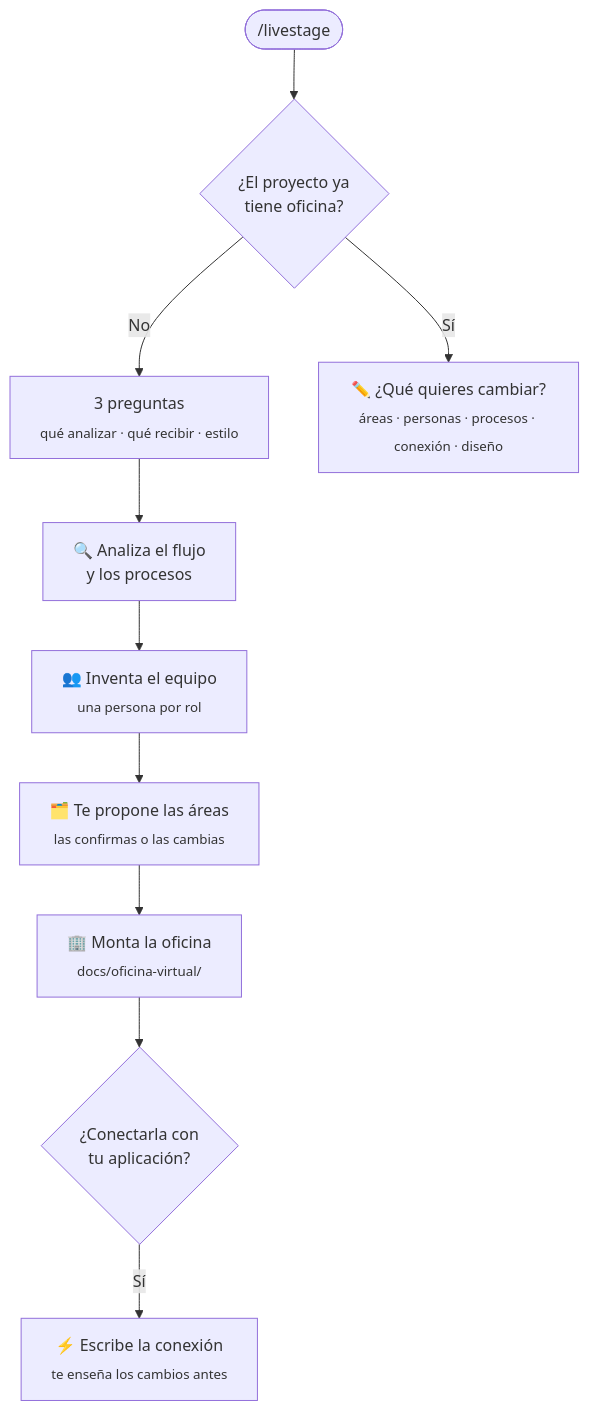
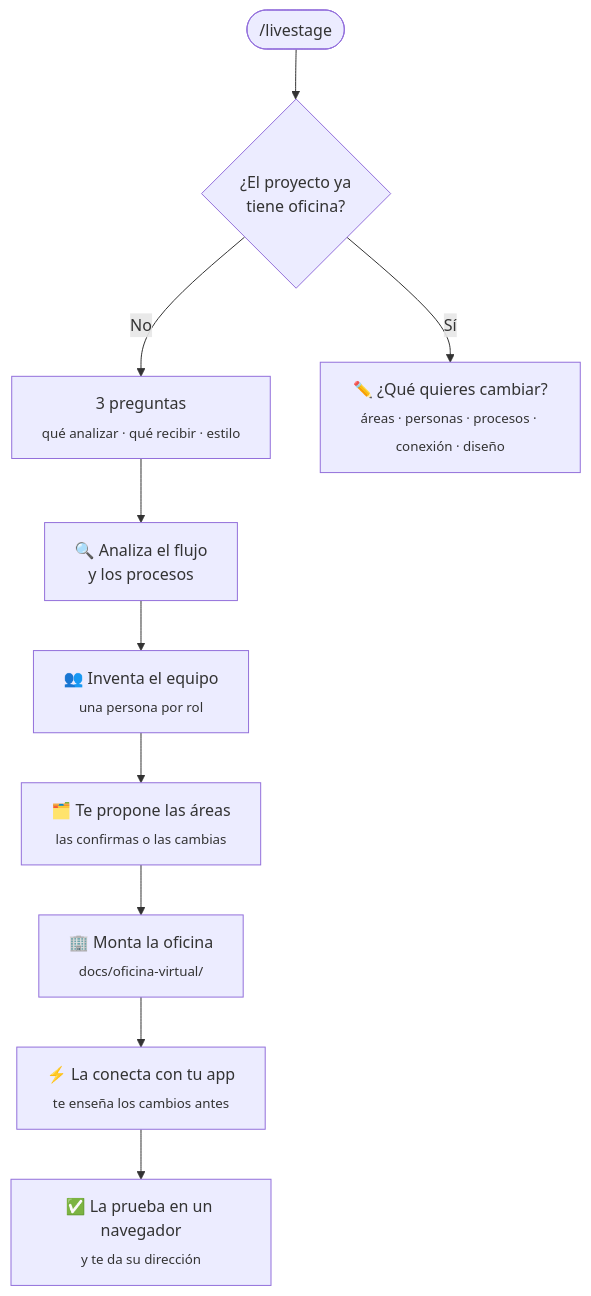
Before and after one commit to maomur/claude-plugins: the second of 2 diagrams in README.md, drawn with Mermaid. The commit also changed other lines of this file and 25 other files, not shown here.

First line of the commit message:
LiveStage 1.7.0: conexión obligatoria, servida por la app y comprobada en navegador

````diff
--- a/README.md
+++ b/README.md
@@ -191,12 +197,12 @@
 ```mermaid
 flowchart TD
     S(["/livestage"]) --> Q{"¿El proyecto ya<br/>tiene oficina?"}
     Q -- "No" --> P1["3 preguntas<br/><sub>qué analizar · qué recibir · estilo</sub>"]
     P1 --> P2["🔍 Analiza el flujo<br/>y los procesos"]
     P2 --> P3["👥 Inventa el equipo<br/><sub>una persona por rol</sub>"]
     P3 --> P4["🗂️ Te propone las áreas<br/><sub>las confirmas o las cambias</sub>"]
     P4 --> P5["🏢 Monta la oficina<br/><sub>docs/oficina-virtual/</sub>"]
-    P5 --> P6{"¿Conectarla con<br/>tu aplicación?"}
-    P6 -- "Sí" --> P7["⚡ Escribe la conexión<br/><sub>te enseña los cambios antes</sub>"]
+    P5 --> P7["⚡ La conecta con tu app<br/><sub>te enseña los cambios antes</sub>"]
+    P7 --> P8["✅ La prueba en un navegador<br/><sub>y te da su dirección</sub>"]
     Q -- "Sí" --> C1["✏️ ¿Qué quieres cambiar?<br/><sub>áreas · personas · procesos · conexión · diseño</sub>"]
 ```
````
